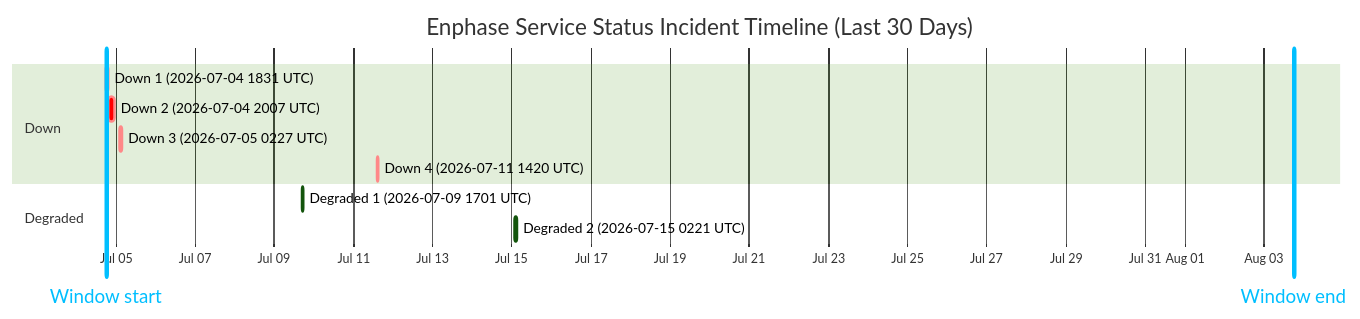
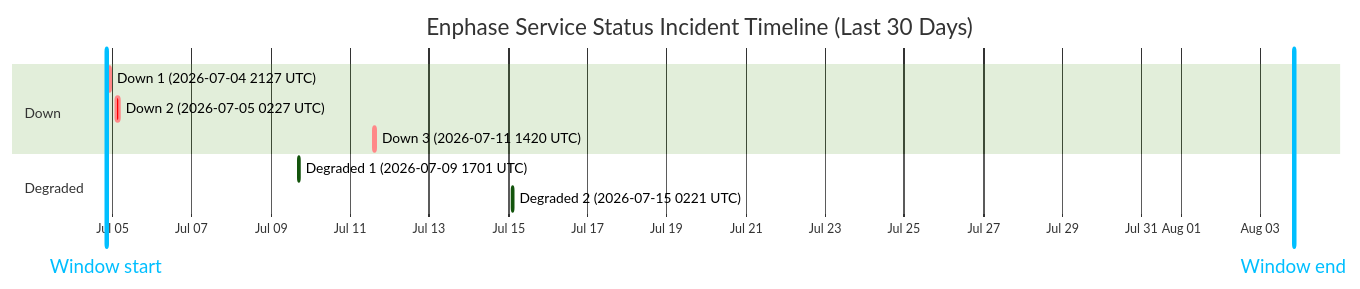
The diagram in wiki/Service-Status-History.md (barneyonline/ha-enphase-energy), drawn with Mermaid (forest theme) before and after one commit. The commit also changed other lines of this file and 3 other files, not shown here.

````diff
--- a/wiki/Service-Status-History.md
+++ b/wiki/Service-Status-History.md
@@ -14,16 +14,15 @@
 ```mermaid
 gantt
     title Enphase Service Status Incident Timeline (Last 30 Days)
     dateFormat  YYYY-MM-DDTHH:mm:ss
     axisFormat  %b %d
-    Window start :vert, window-start, 2026-07-04T18:15:49, 0ms
-    Window end :vert, window-end, 2026-08-03T18:15:49, 0ms
+    Window start :vert, window-start, 2026-07-04T20:10:14, 0ms
+    Window end :vert, window-end, 2026-08-03T20:10:14, 0ms
     section Down
-    Down 1 (2026-07-04 1831 UTC) :crit, down-1, 2026-07-04T18:31:22, 60m
-    Down 2 (2026-07-04 2007 UTC) :crit, down-2, 2026-07-04T20:07:50, 206m
-    Down 3 (2026-07-05 0227 UTC) :crit, down-3, 2026-07-05T02:27:32, 109m
-    Down 4 (2026-07-11 1420 UTC) :crit, down-4, 2026-07-11T14:20:54, 69m
+    Down 1 (2026-07-04 2127 UTC) :crit, down-1, 2026-07-04T21:27:16, 126m
+    Down 2 (2026-07-05 0227 UTC) :crit, down-2, 2026-07-05T02:27:32, 109m
+    Down 3 (2026-07-11 1420 UTC) :crit, down-3, 2026-07-11T14:20:54, 69m
     section Degraded
     Degraded 1 (2026-07-09 1701 UTC) :active, degraded-1, 2026-07-09T17:01:02, 60m
     Degraded 2 (2026-07-15 0221 UTC) :active, degraded-2, 2026-07-15T02:21:35, 60m
 ```
````
